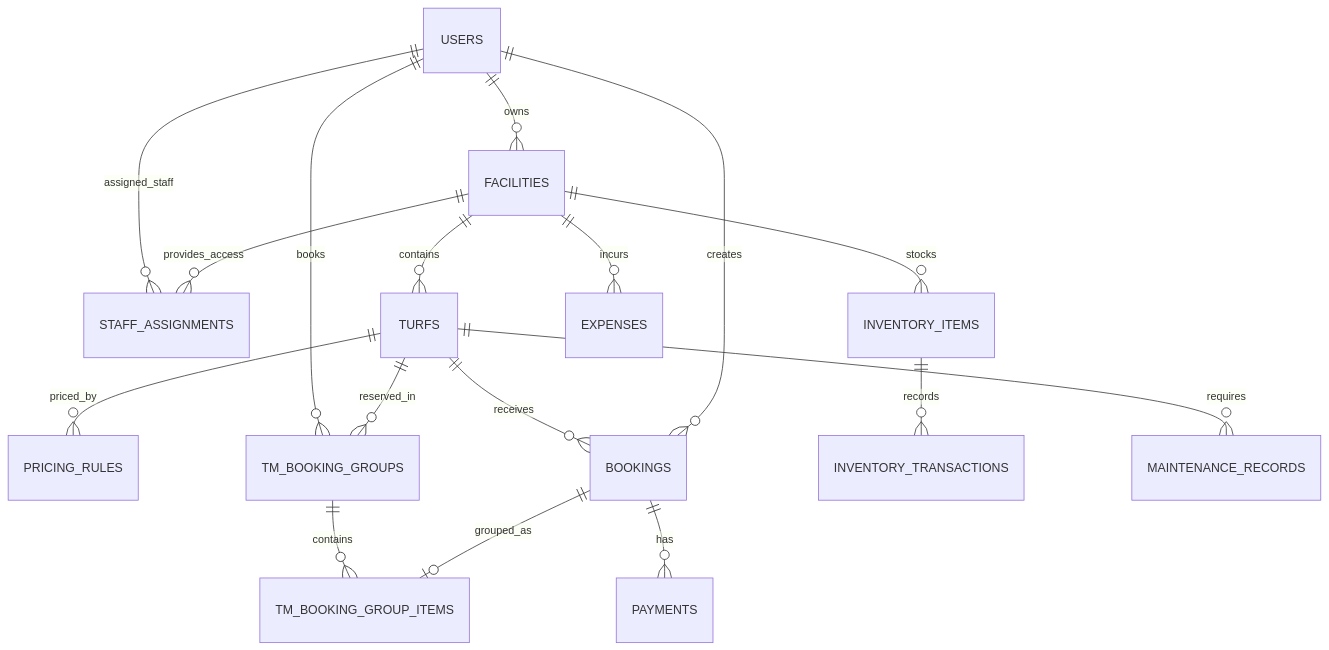
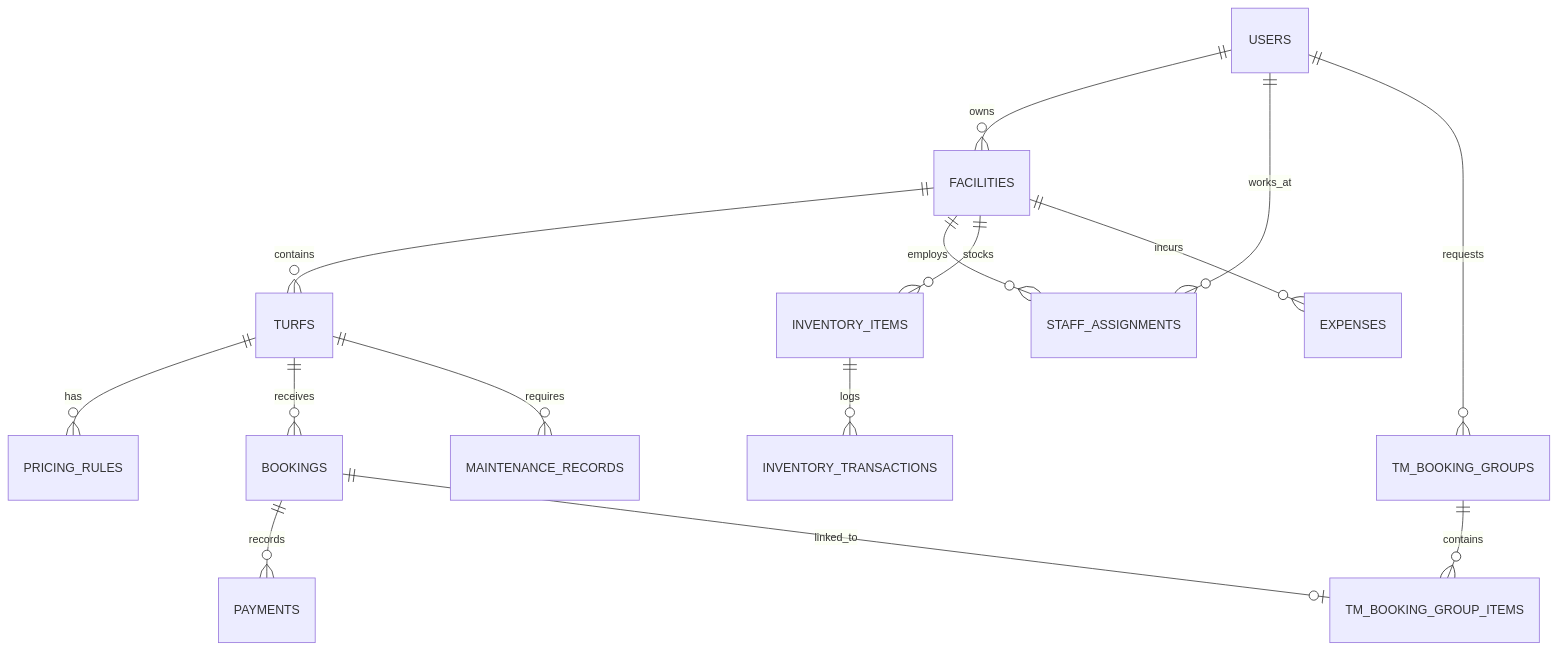
The fifth of 5 diagrams in README.md (daw159/TurfMate-), drawn with Mermaid before and after one commit. The commit also changed other lines of this file, not shown here.

````diff
--- a/README.md
+++ b/README.md
@@ -328,19 +438,17 @@
 ```mermaid
 erDiagram
     USERS ||--o{ FACILITIES : owns
-    USERS ||--o{ STAFF_ASSIGNMENTS : assigned_staff
-    FACILITIES ||--o{ STAFF_ASSIGNMENTS : provides_access
     FACILITIES ||--o{ TURFS : contains
-    TURFS ||--o{ PRICING_RULES : priced_by
+    TURFS ||--o{ PRICING_RULES : has
     TURFS ||--o{ BOOKINGS : receives
-    USERS ||--o{ BOOKINGS : creates
-    BOOKINGS ||--o{ PAYMENTS : has
-    USERS ||--o{ TM_BOOKING_GROUPS : books
-    TURFS ||--o{ TM_BOOKING_GROUPS : reserved_in
+    BOOKINGS ||--o{ PAYMENTS : records
+    USERS ||--o{ STAFF_ASSIGNMENTS : works_at
+    FACILITIES ||--o{ STAFF_ASSIGNMENTS : employs
+    USERS ||--o{ TM_BOOKING_GROUPS : requests
     TM_BOOKING_GROUPS ||--o{ TM_BOOKING_GROUP_ITEMS : contains
-    BOOKINGS ||--o| TM_BOOKING_GROUP_ITEMS : grouped_as
+    BOOKINGS ||--o| TM_BOOKING_GROUP_ITEMS : linked_to
     FACILITIES ||--o{ INVENTORY_ITEMS : stocks
-    INVENTORY_ITEMS ||--o{ INVENTORY_TRANSACTIONS : records
+    INVENTORY_ITEMS ||--o{ INVENTORY_TRANSACTIONS : logs
     TURFS ||--o{ MAINTENANCE_RECORDS : requires
     FACILITIES ||--o{ EXPENSES : incurs
 ```
````
